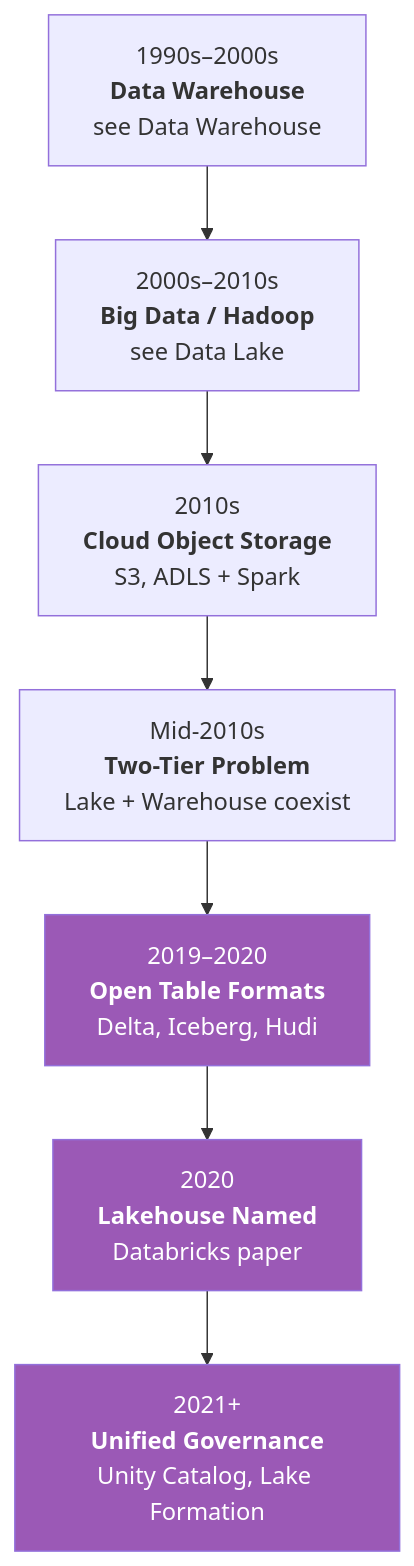
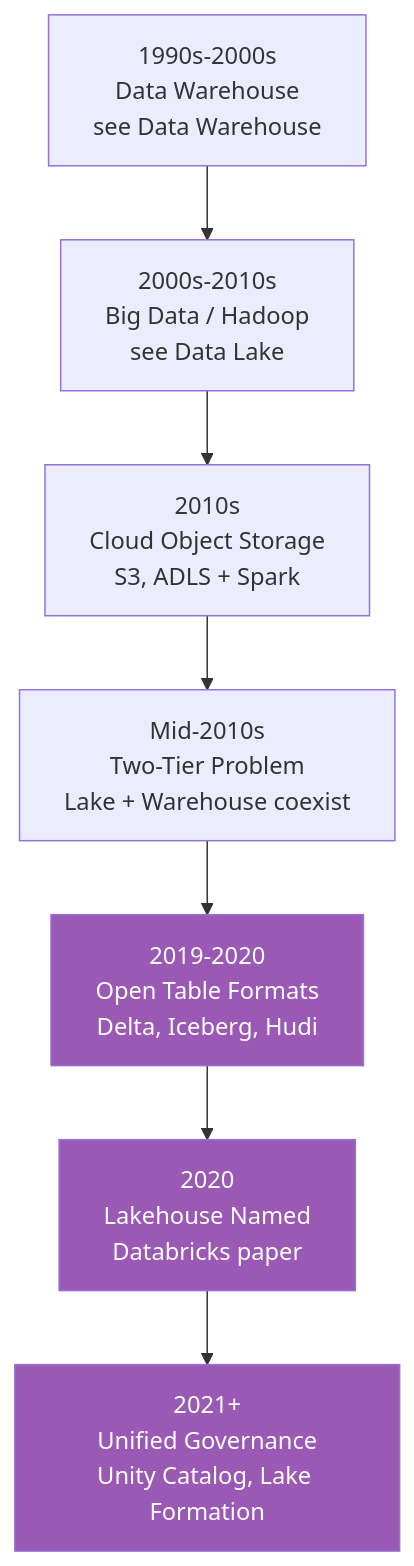
Before and after one commit to adnanrahin/adnanrahin.github.io: the second of 8 diagrams in data-architecture/data-lakehouse.md, drawn with Mermaid. The commit also changed other lines of this file and 14 other files, not shown here.

Commit message:
updated the flowchart

````diff
--- a/data-architecture/data-lakehouse.md
+++ b/data-architecture/data-lakehouse.md
@@ -86,16 +86,16 @@
 ```mermaid
 flowchart TD
-    S1["1990s–2000s<br/><b>Data Warehouse</b><br/>see Data Warehouse"]
-    S2["2000s–2010s<br/><b>Big Data / Hadoop</b><br/>see Data Lake"]
-    S3["2010s<br/><b>Cloud Object Storage</b><br/>S3, ADLS + Spark"]
-    S4["Mid-2010s<br/><b>Two-Tier Problem</b><br/>Lake + Warehouse coexist"]
-    S5["2019–2020<br/><b>Open Table Formats</b><br/>Delta, Iceberg, Hudi"]
-    S6["2020<br/><b>Lakehouse Named</b><br/>Databricks paper"]
-    S7["2021+<br/><b>Unified Governance</b><br/>Unity Catalog, Lake Formation"]
+    S1["1990s-2000s<br/>Data Warehouse<br/>see Data Warehouse"]
+    S2["2000s-2010s<br/>Big Data / Hadoop<br/>see Data Lake"]
+    S3["2010s<br/>Cloud Object Storage<br/>S3, ADLS + Spark"]
+    S4["Mid-2010s<br/>Two-Tier Problem<br/>Lake + Warehouse coexist"]
+    S5["2019-2020<br/>Open Table Formats<br/>Delta, Iceberg, Hudi"]
+    S6["2020<br/>Lakehouse Named<br/>Databricks paper"]
+    S7["2021+<br/>Unified Governance<br/>Unity Catalog, Lake Formation"]
 
     S1 --> S2 --> S3 --> S4 --> S5 --> S6 --> S7
 
     style S5 fill:#9B59B6,color:#fff
     style S6 fill:#9B59B6,color:#fff
     style S7 fill:#9B59B6,color:#fff
 ```
````
